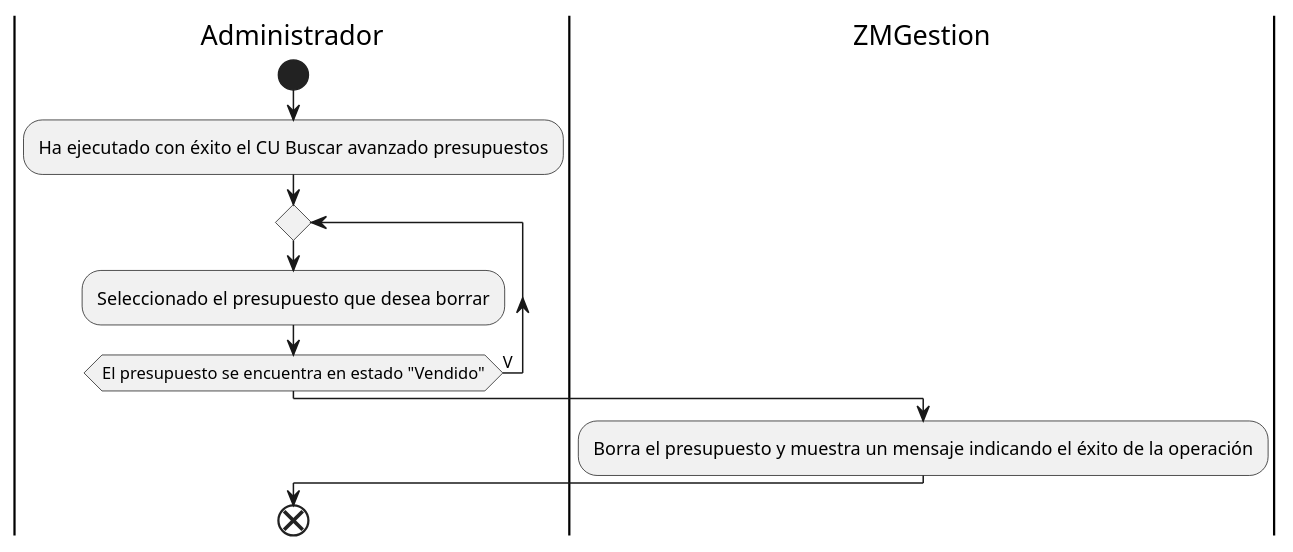
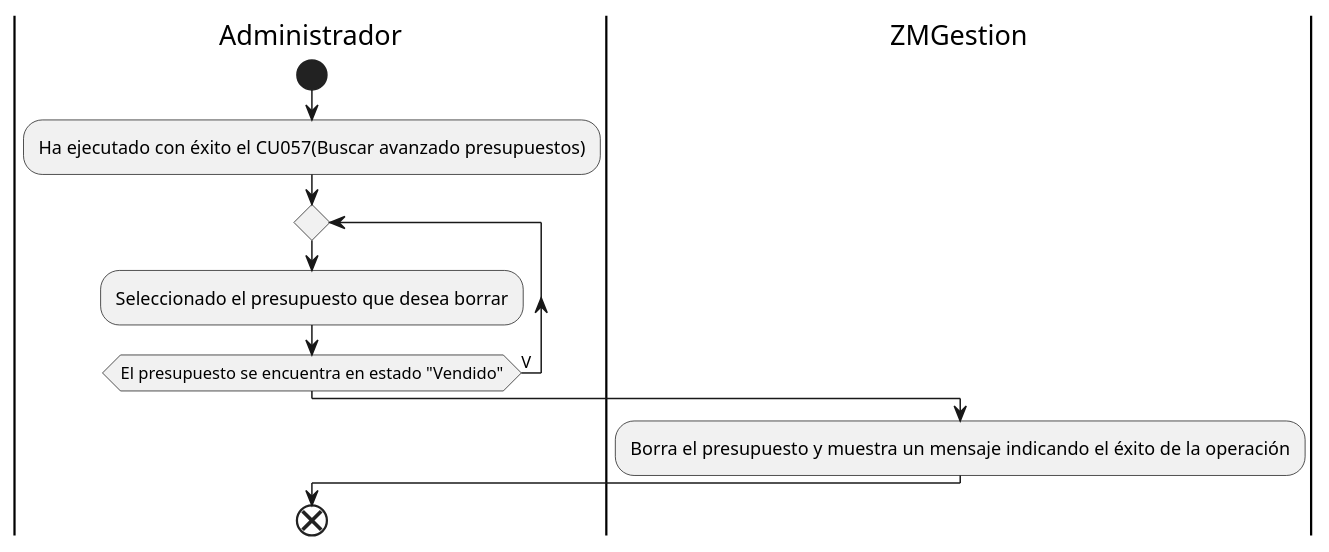
Before and after one commit to ZMGestion/DocumentacionZMGestion: the first of 35 diagrams in DiagramasActividad/DiagramaDeActividad.puml, drawn with PlantUML. The commit also changed other lines of this file and 9 other files, not shown here.

```diff
--- a/DiagramasActividad/DiagramaDeActividad.puml
+++ b/DiagramasActividad/DiagramaDeActividad.puml
@@ -1,12 +1,12 @@
 @startuml borrarPresupuesto
 |Administrador|
 start 
-:Ha ejecutado con éxito el CU Buscar avanzado presupuestos;
+:Ha ejecutado con éxito el CU057(Buscar avanzado presupuestos);
 repeat
 :Seleccionado el presupuesto que desea borrar;
 repeat while(El presupuesto se encuentra en estado "Vendido") is (V)
 |ZMGestion|
 :Borra el presupuesto y muestra un mensaje indicando el éxito de la operación;
 |Administrador|
 end
 @enduml
```
